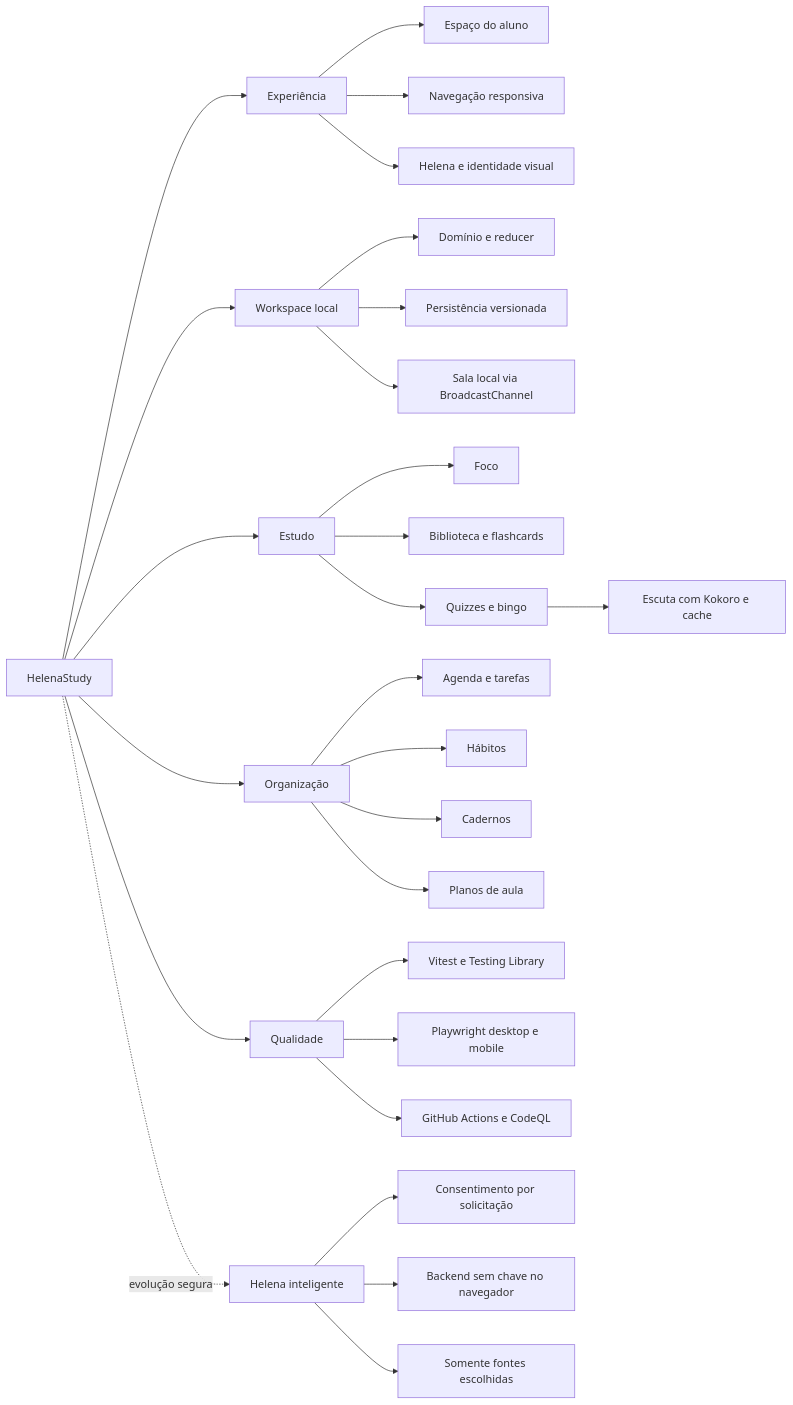
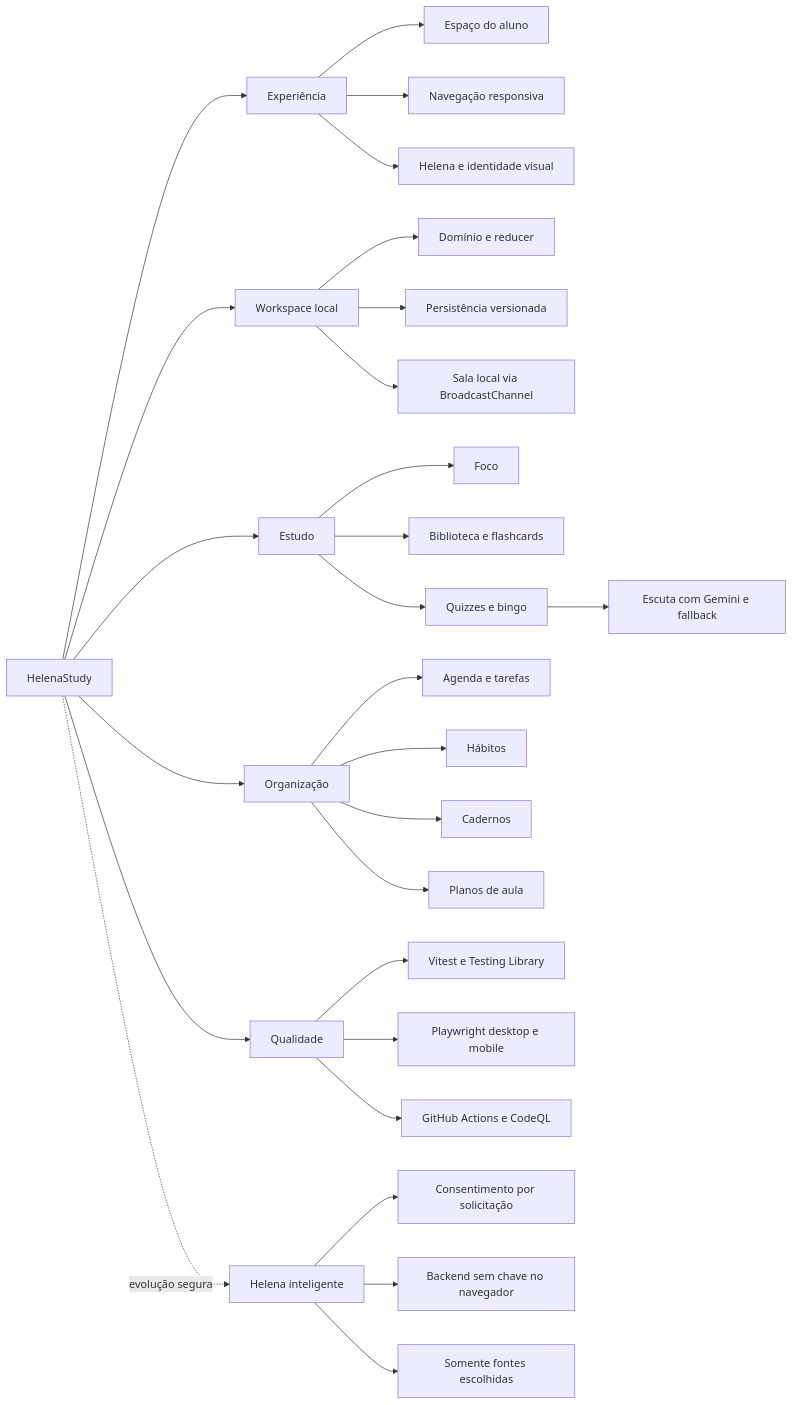
One commit to olive644/helenastudy changed the diagram in docs/SECOND_BRAIN.md. Above: the diagram before and after it, drawn with Mermaid. The commit also changed other lines of this file and 17 other files, not shown here.

Commit message:
feat: usa Gemini na voz do quiz de escuta (#33)

````diff
--- a/docs/SECOND_BRAIN.md
+++ b/docs/SECOND_BRAIN.md
@@ -54,35 +53,35 @@
 ```mermaid
 flowchart LR
   HS[HelenaStudy] --> UX[Experiência]
   HS --> DATA[Workspace local]
   HS --> STUDY[Estudo]
   HS --> ORG[Organização]
   HS --> QUALITY[Qualidade]
   HS -. evolução segura .-> INTEL[Helena inteligente]
 
   UX --> TODAY[Espaço do aluno]
   UX --> NAV[Navegação responsiva]
   UX --> BRAND[Helena e identidade visual]
 
   DATA --> DOMAIN[Domínio e reducer]
   DATA --> STORAGE[Persistência versionada]
   DATA --> ROOM[Sala local via BroadcastChannel]
 
   STUDY --> FOCUS[Foco]
   STUDY --> LIB[Biblioteca e flashcards]
   STUDY --> PRACTICE[Quizzes e bingo]
-  PRACTICE --> LISTEN[Escuta com Kokoro e cache]
+  PRACTICE --> LISTEN[Escuta com Gemini e fallback]
 
   ORG --> PLAN[Agenda e tarefas]
   ORG --> HABITS[Hábitos]
   ORG --> NOTES[Cadernos]
   ORG --> LESSON[Planos de aula]
 
   QUALITY --> UNIT[Vitest e Testing Library]
   QUALITY --> E2E[Playwright desktop e mobile]
   QUALITY --> CI[GitHub Actions e CodeQL]
 
   INTEL --> CONSENT[Consentimento por solicitação]
   INTEL --> BACKEND[Backend sem chave no navegador]
   INTEL --> SOURCES[Somente fontes escolhidas]
 ```
````
